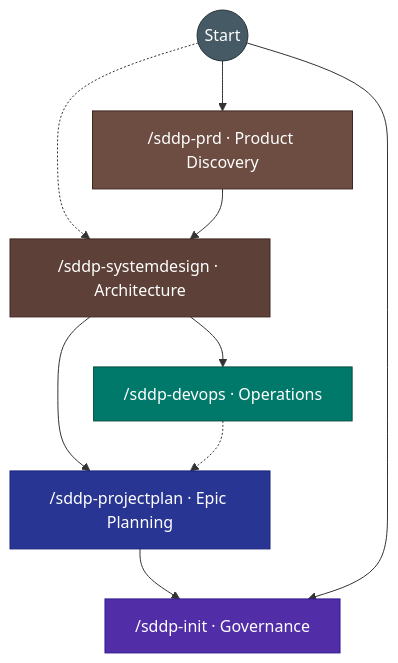
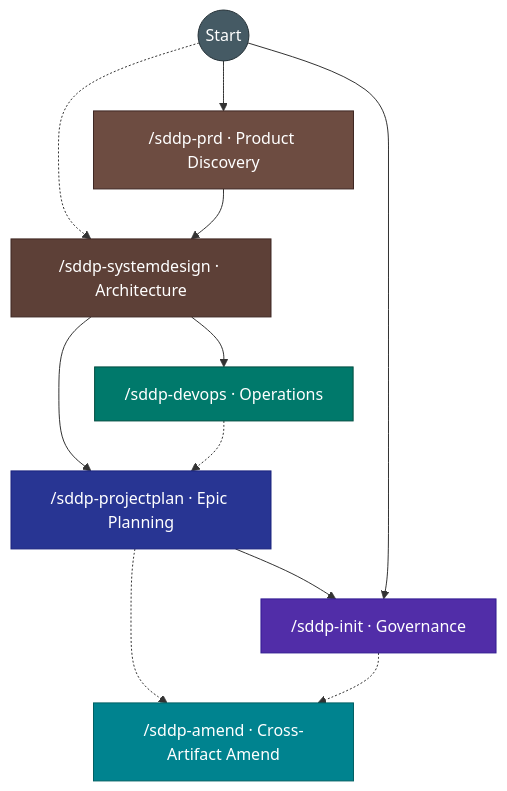
The first of 2 diagrams in README.md (attilaszasz/sdd-pilot), drawn with Mermaid before and after one commit. The commit also changed other lines of this file and 14 other files, not shown here.

First line of the commit message:
feat: add /sddp-amend command across all wrapper systems

````diff
--- a/README.md
+++ b/README.md
@@ -39,18 +39,21 @@
 ```mermaid
 flowchart TB
    B((Start)) --> PRD["/sddp-prd · Product Discovery"]
    B -.-> SA
    PRD --> SA["/sddp-systemdesign · Architecture"]
    SA --> DO["/sddp-devops · Operations"]
    SA --> PP["/sddp-projectplan · Epic Planning"]
    DO -.-> PP
    PP --> Init["/sddp-init · Governance"]
+   PP -.-> Amend["/sddp-amend · Cross-Artifact Amend"]
+   Init -.-> Amend
    B --> Init
 
    style B fill:#455A64,stroke:#263238,color:#fff
    style PRD fill:#6D4C41,stroke:#3E2723,color:#fff
    style SA fill:#5D4037,stroke:#3E2723,color:#fff
    style DO fill:#00796B,stroke:#004D40,color:#fff
    style PP fill:#283593,stroke:#1A237E,color:#fff
+   style Amend fill:#00838F,stroke:#006064,color:#fff
    style Init fill:#512DA8,stroke:#311B92,color:#fff
 ```
````
